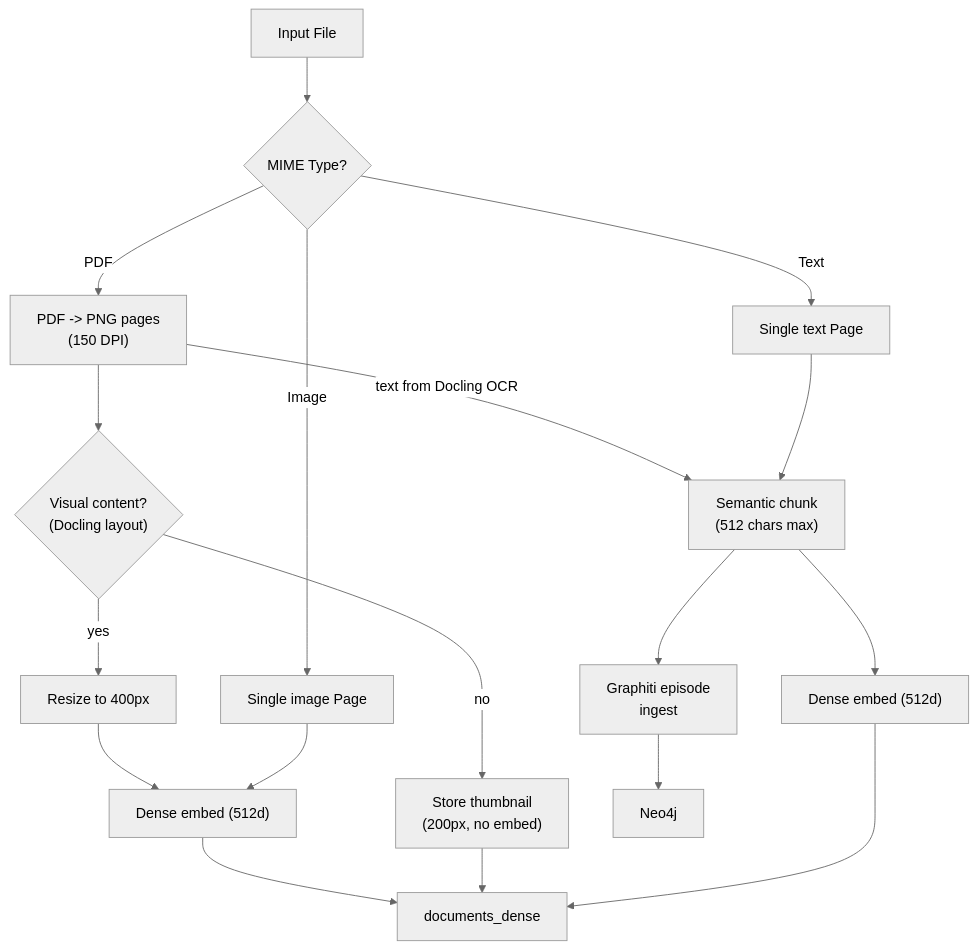
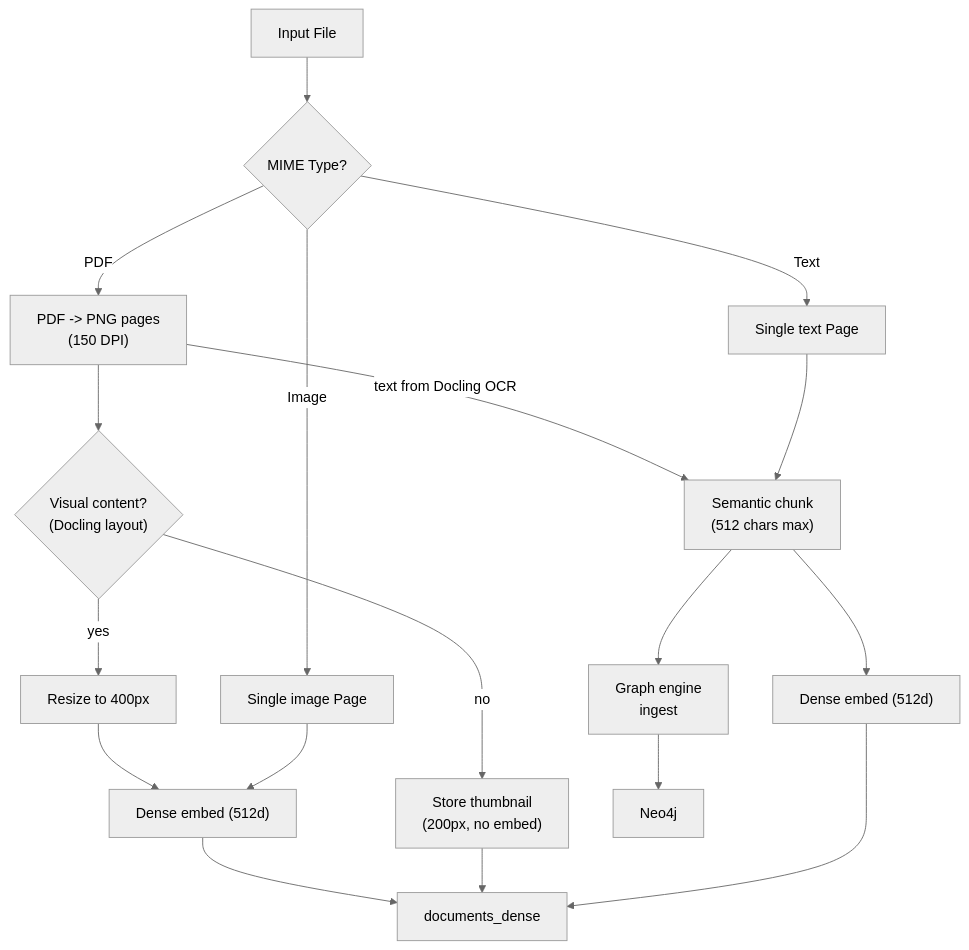
Before and after one commit to dollro/spektr: the second of 2 diagrams in docs/ingestion/overview.md, drawn with Mermaid (neutral theme). The commit also changed other lines of this file and 8 other files, not shown here.

First line of the commit message:
docs: update documentation for modular graph engine (GLiNER2 + Graphiti)

````diff
--- a/docs/ingestion/overview.md
+++ b/docs/ingestion/overview.md
@@ -44,23 +44,23 @@
 ```mermaid
 flowchart TD
     File["Input File"] --> Detect{MIME Type?}
     Detect -->|PDF| PDF["PDF -> PNG pages\n(150 DPI)"]
     Detect -->|Image| IMG["Single image Page"]
     Detect -->|Text| TXT["Single text Page"]
 
     PDF -->|text from Docling OCR| SemanticChunk
     PDF --> Classify{"Visual content?\n(Docling layout)"}
     Classify -->|yes| Resize["Resize to 400px"]
     Classify -->|no| Thumb["Store thumbnail\n(200px, no embed)"]
     Resize --> DenseImg["Dense embed (512d)"]
     IMG --> DenseImg
 
     TXT --> SemanticChunk["Semantic chunk\n(512 chars max)"]
     SemanticChunk --> DenseTxt["Dense embed (512d)"]
-    SemanticChunk --> Graphiti["Graphiti episode\ningest"]
+    SemanticChunk --> Graphiti["Graph engine\ningest"]
 
     DenseImg --> QdrantDense["documents_dense"]
     Thumb --> QdrantDense
     DenseTxt --> QdrantDense
     Graphiti --> Neo4jDB["Neo4j"]
 ```
````
